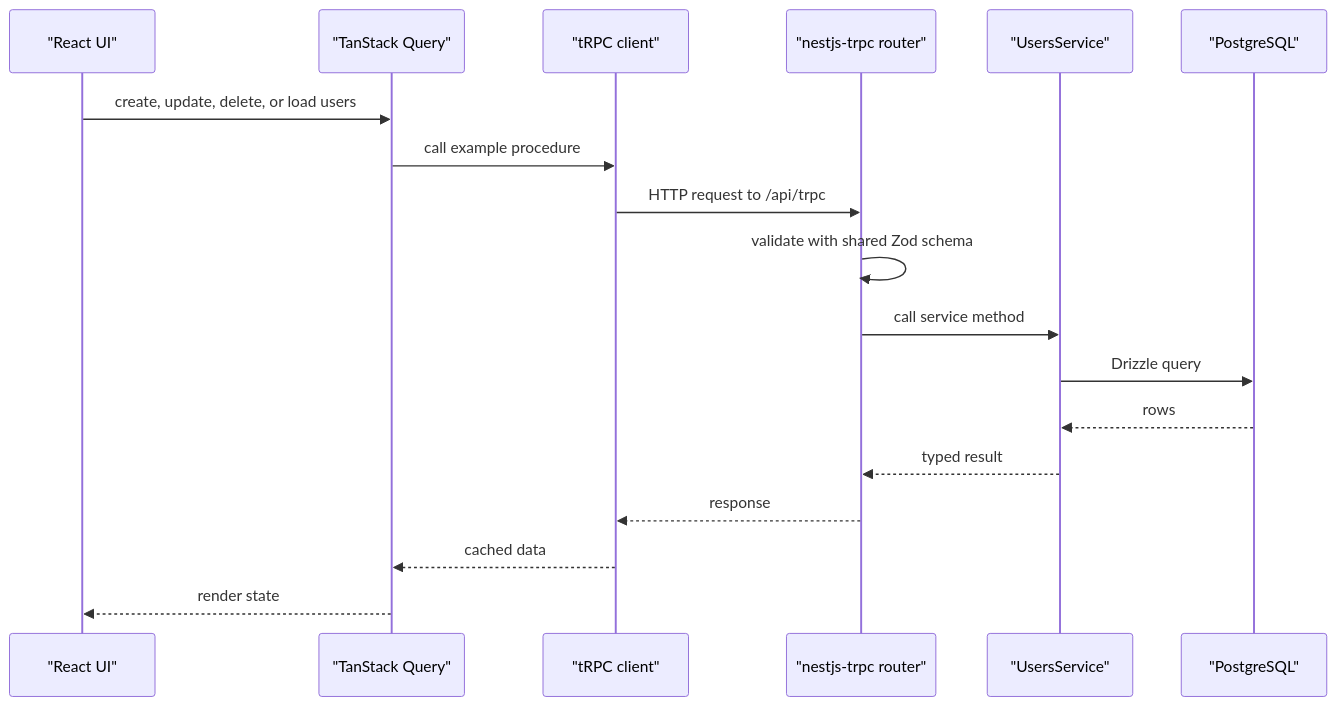
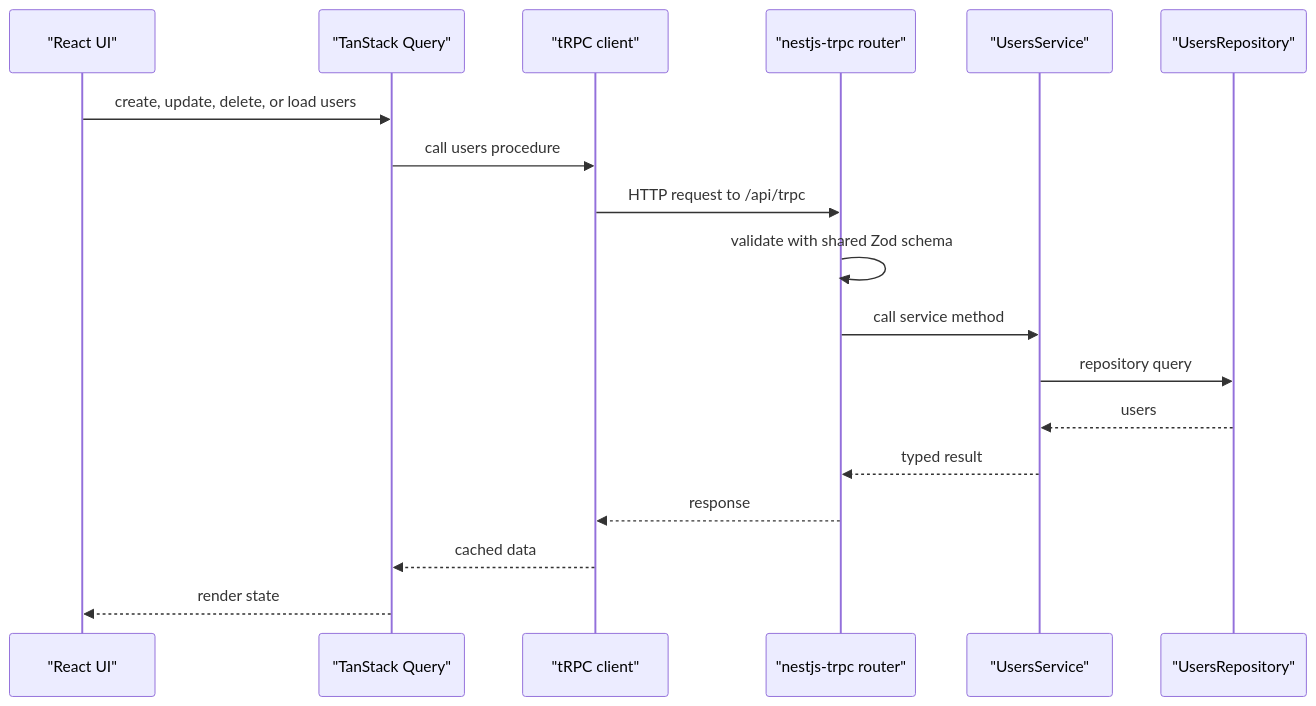
Before and after one commit to DidiWalakutty/Transcendence: the diagram in docs/API.md, drawn with Mermaid. The commit also changed other lines of this file and 87 other files, not shown here.

````diff
--- a/docs/API.md
+++ b/docs/API.md
@@ -60,21 +70,21 @@
 ```mermaid
 sequenceDiagram
     participant UI as "React UI"
     participant Query as "TanStack Query"
     participant TRPC as "tRPC client"
     participant Router as "nestjs-trpc router"
     participant Service as "UsersService"
-    participant DB as "PostgreSQL"
+    participant Repo as "UsersRepository"
 
     UI->>Query: create, update, delete, or load users
-    Query->>TRPC: call example procedure
+    Query->>TRPC: call users procedure
     TRPC->>Router: HTTP request to /api/trpc
     Router->>Router: validate with shared Zod schema
     Router->>Service: call service method
-    Service->>DB: Drizzle query
-    DB-->>Service: rows
+    Service->>Repo: repository query
+    Repo-->>Service: users
     Service-->>Router: typed result
     Router-->>TRPC: response
     TRPC-->>Query: cached data
     Query-->>UI: render state
 ```
````
